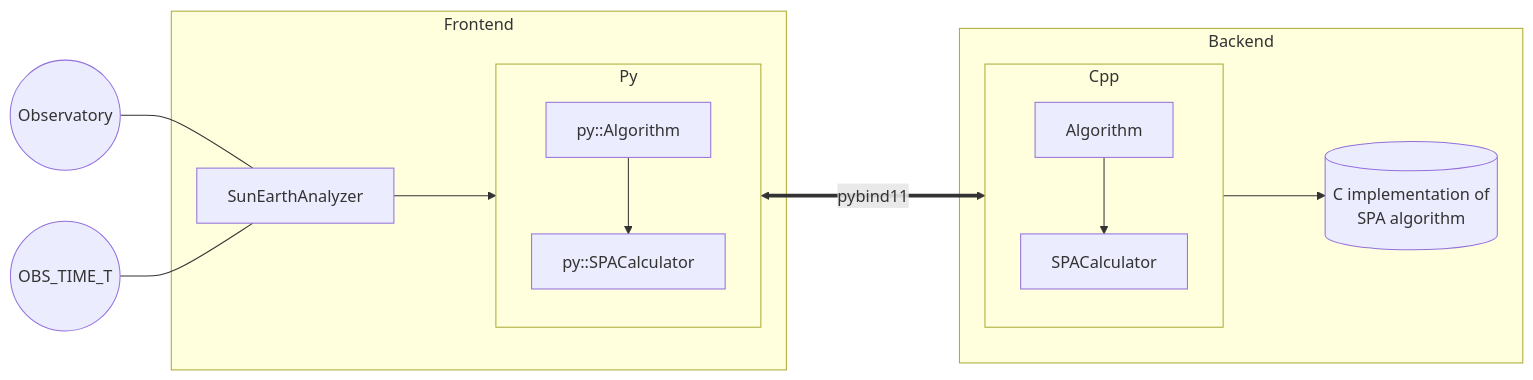
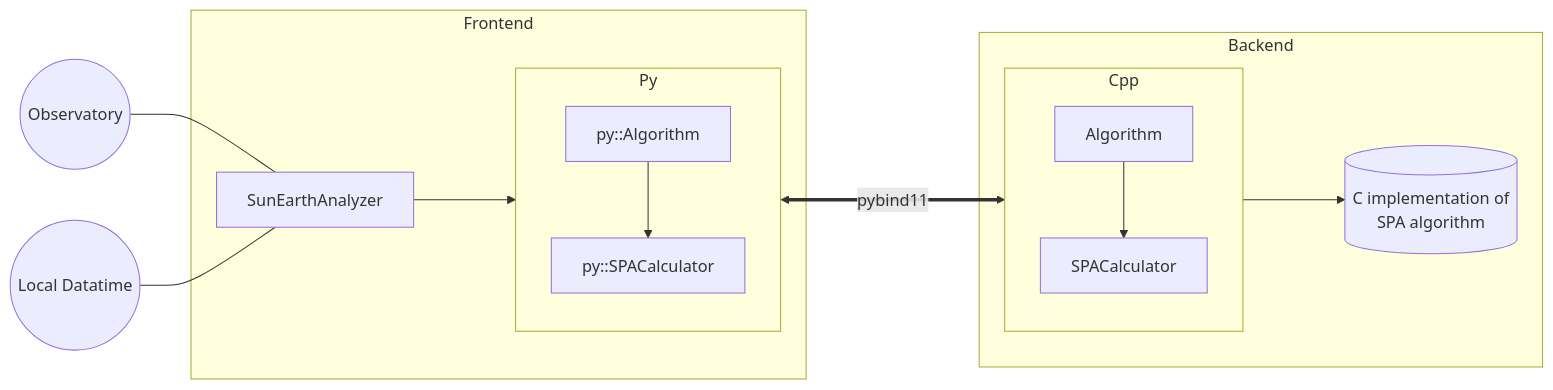
One commit to mikesongming/SE-Geometry changed the first of 3 diagrams in docs/dev-guide/dev-guide.md. Above: the diagram before and after it, drawn with Mermaid. The commit also changed other lines of this file and 11 other files, not shown here.

````diff
--- a/docs/dev-guide/dev-guide.md
+++ b/docs/dev-guide/dev-guide.md
@@ -44,33 +44,33 @@
 ``` mermaid
 flowchart LR
     i1((Observatory))
-    i2((OBS_TIME_T))
+    i2((Local Datatime))
     c1[SunEarthAnalyzer]
     a1[py::Algorithm]
     a2[py::SPACalculator]
     b1[Algorithm]
     b2[SPACalculator]
     d1[(C implementation of<br>SPA algorithm)]
 
     i1---c1
     i2---c1
 
     Py<===>|pybind11|Cpp
 
     subgraph Frontend
         c1--->Py
         subgraph Py
             direction TB
             a1-->a2
         end
     end
 
     subgraph Backend
         Cpp--->d1
 
         subgraph Cpp
             direction TB
             b1-->b2
         end
     end
 ```
````
